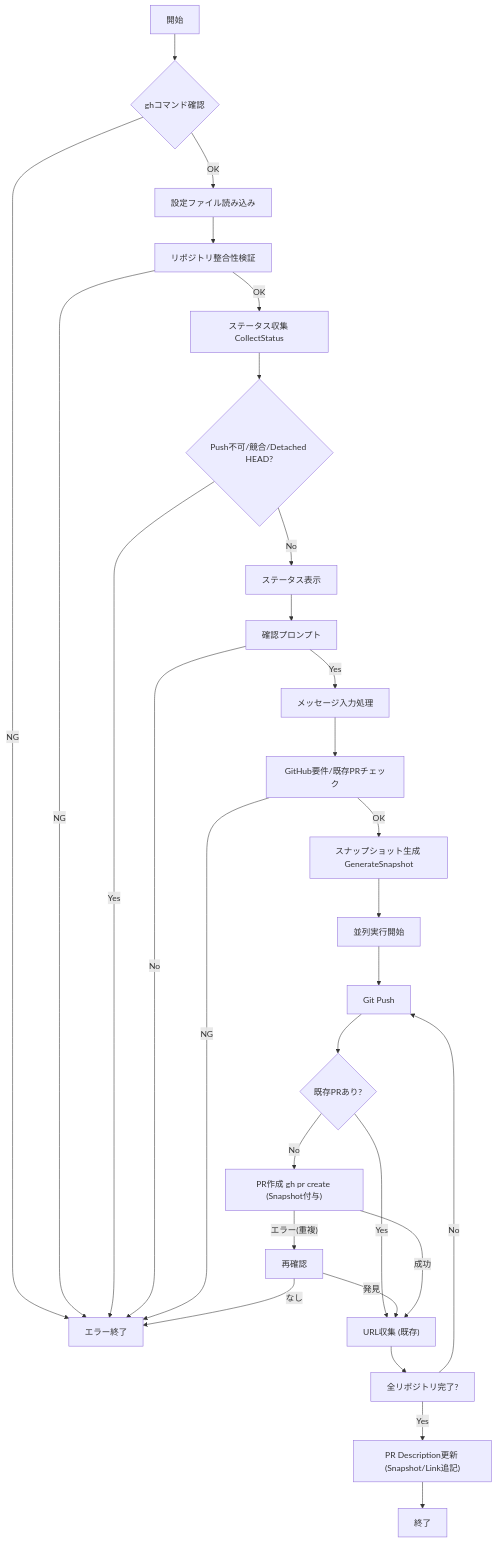
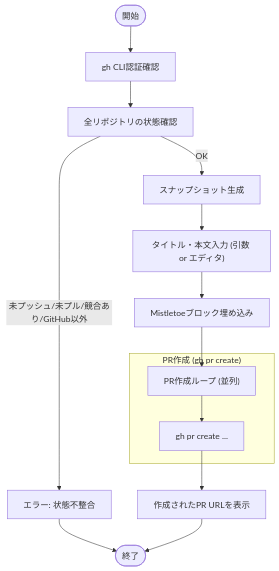
The diagram in docs/internal/app/pr_create.md (keiji/mistletoe), drawn with Mermaid before and after one commit. The commit also changed other lines of this file and 7 other files, not shown here.

````diff
--- a/docs/internal/app/pr_create.md
+++ b/docs/internal/app/pr_create.md
@@ -105,31 +26,21 @@
 ```mermaid
 flowchart TD
-    A["開始"] --> B{"ghコマンド確認"}
-    B -- OK --> C["設定ファイル読み込み"]
-    B -- NG --> Z["エラー終了"]
-    C --> D["リポジトリ整合性検証"]
-    D -- OK --> E["ステータス収集 CollectStatus"]
-    D -- NG --> Z
-    E --> F{"Push不可/競合/Detached HEAD?"}
-    F -- Yes --> Z
-    F -- No --> G["ステータス表示"]
-    G --> J["確認プロンプト"]
-    J -- No --> Z
-    J -- Yes --> MSG["メッセージ入力処理"]
-    MSG --> K["GitHub要件/既存PRチェック"]
-    K -- NG --> Z
-    K -- OK --> SNAP["スナップショット生成 GenerateSnapshot"]
-    SNAP --> L["並列実行開始"]
-    L --> M["Git Push"]
-    M --> N{"既存PRあり?"}
-    N -- Yes --> O["URL収集 (既存)"]
-    N -- No --> P["PR作成 gh pr create (Snapshot付与)"]
-    P -- "エラー(重複)" --> Q["再確認"]
-    Q -- "発見" --> O
-    Q -- "なし" --> Z
-    P -- "成功" --> O
-    O --> R["全リポジトリ完了?"]
-    R -- No --> M
-    R -- Yes --> S["PR Description更新 (Snapshot/Link追記)"]
-    S --> T["終了"]
+    Start(["開始"]) --> ValidateAuth["gh CLI認証確認"]
+    ValidateAuth --> CheckClean["全リポジトリの状態確認"]
+
+    CheckClean -- "未プッシュ/未プル/競合あり/GitHub以外" --> ErrorState["エラー: 状態不整合"]
+    CheckClean -- "OK" --> GenSnapshot["スナップショット生成"]
+
+    GenSnapshot --> InputContent["タイトル・本文入力 (引数 or エディタ)"]
+    InputContent --> EmbedBlock["Mistletoeブロック埋め込み"]
+
+    EmbedBlock --> CreatePRs["PR作成ループ (並列)"]
+
+    subgraph "PR作成 (gh pr create)"
+        CreatePRs --> CallGH["gh pr create ..."]
+    end
+
+    CallGH --> Report["作成されたPR URLを表示"]
+    ErrorState --> Stop(["終了"])
+    Report --> Stop
 ```
````
